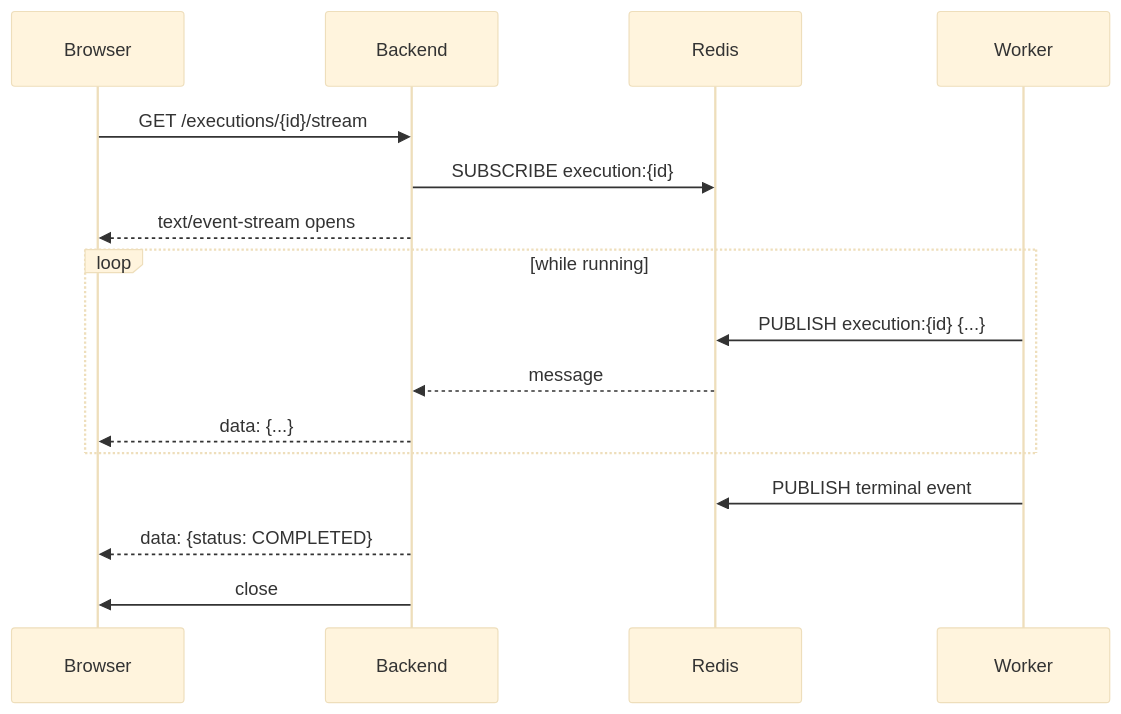
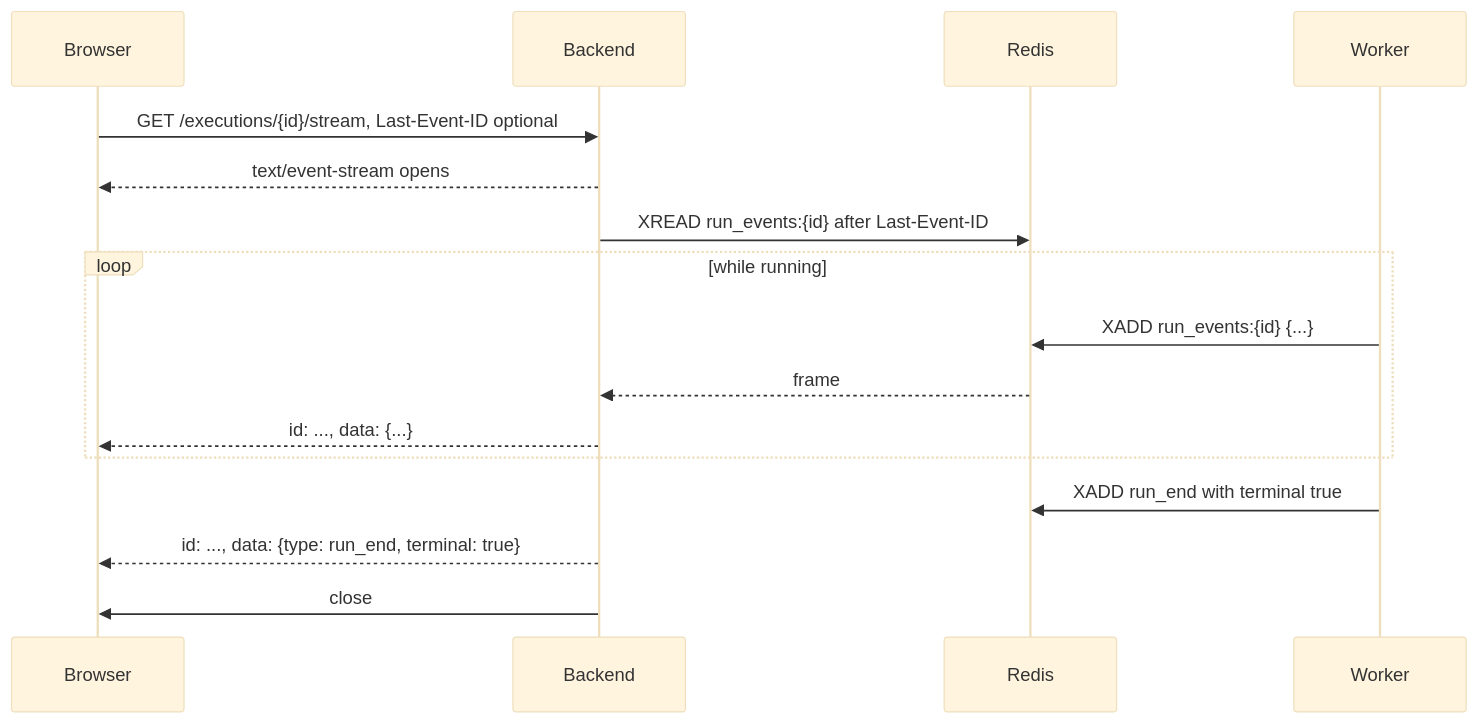
Before and after one commit to gondolerahul/hire-buddha-app: the tenth of 10 diagrams in docs/current/17-api-reference.md, drawn with Mermaid (base theme). The commit also changed other lines of this file and 31 other files, not shown here.

````diff
--- a/docs/current/17-api-reference.md
+++ b/docs/current/17-api-reference.md
@@ -1065,19 +1065,19 @@
 ```mermaid
 sequenceDiagram
     participant B as Browser
     participant API as Backend
     participant R as Redis
     participant W as Worker
 
-    B->>API: GET /executions/{id}/stream
-    API->>R: SUBSCRIBE execution:{id}
+    B->>API: GET /executions/{id}/stream, Last-Event-ID optional
     API-->>B: text/event-stream opens
+    API->>R: XREAD run_events:{id} after Last-Event-ID
     loop while running
-        W->>R: PUBLISH execution:{id} {...}
-        R-->>API: message
-        API-->>B: data: {...}
+        W->>R: XADD run_events:{id} {...}
+        R-->>API: frame
+        API-->>B: id: ..., data: {...}
     end
-    W->>R: PUBLISH terminal event
-    API-->>B: data: {status: COMPLETED}
+    W->>R: XADD run_end with terminal true
+    API-->>B: id: ..., data: {type: run_end, terminal: true}
     API->>B: close
 ```
````
